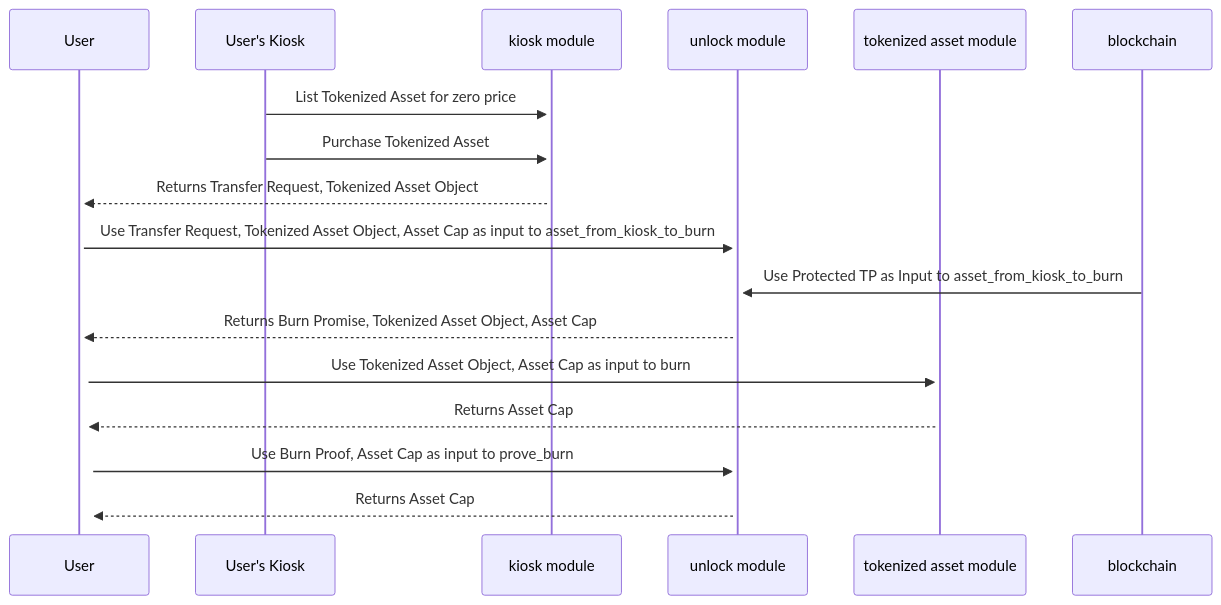
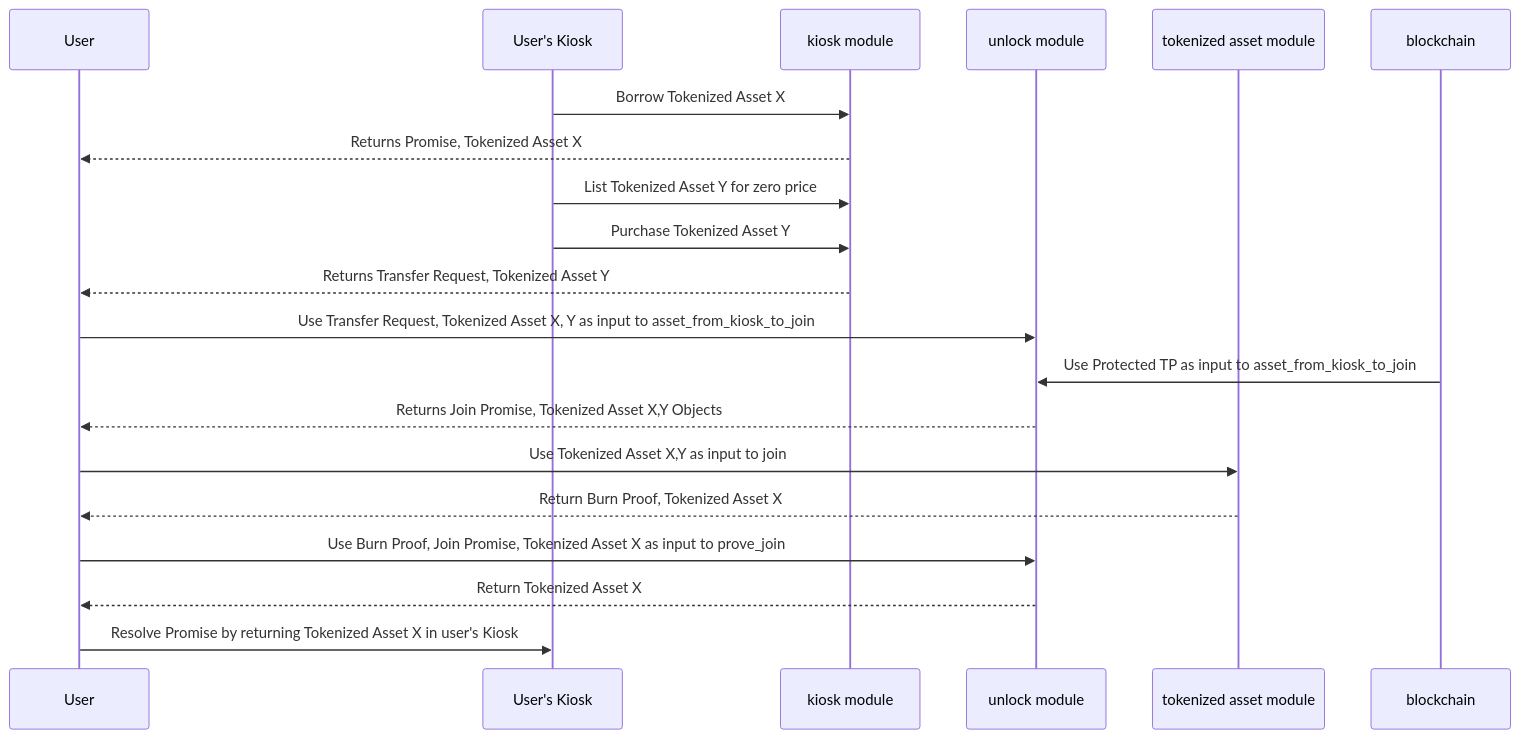
Before and after one commit to MystenLabs/sui: the second of 3 diagrams in docs/content/guides/developer/advanced/asset-tokenization.mdx, drawn with Mermaid. The commit also changed other lines of this file, not shown here.

````diff
--- a/docs/content/guides/developer/advanced/asset-tokenization.mdx
+++ b/docs/content/guides/developer/advanced/asset-tokenization.mdx
@@ -495,20 +508,23 @@
 ```mermaid
 sequenceDiagram
-    participant User;
-    participant User's Kiosk;
-    participant kiosk module;
-    participant unlock module;
-    participant tokenized asset module;
-    participant blockchain;
+    participant User
+    participant User's Kiosk
+    participant kiosk module
+    participant unlock module
+    participant tokenized asset module
+    participant blockchain
     
-User's Kiosk->>+kiosk module: List Tokenized Asset for zero price;
-User's Kiosk->>+kiosk module: Purchase Tokenized Asset;
-kiosk module-->>+User: Returns Transfer Request, Tokenized Asset Object;
-User->>+unlock module: Use Transfer Request, Tokenized Asset Object, Asset Cap as input to asset_from_kiosk_to_burn;
-blockchain->>+unlock module: Use Protected TP as Input to asset_from_kiosk_to_burn;
-unlock module-->>+User: Returns Burn Promise, Tokenized Asset Object, Asset Cap;
-User->>+tokenized asset module: Use Tokenized Asset Object, Asset Cap as input to burn;
-tokenized asset module-->>+User: Returns Asset Cap;
-User->>+unlock module: Use Burn Proof, Asset Cap as input to prove_burn;
-unlock module-->>+User: Returns Asset Cap;
+User's Kiosk->>kiosk module: Borrow Tokenized Asset X
+kiosk module-->>User: Returns Promise, Tokenized Asset X
+User's Kiosk->>kiosk module: List Tokenized Asset Y for zero price
+User's Kiosk->>kiosk module: Purchase Tokenized Asset Y
+kiosk module-->>User: Returns Transfer Request, Tokenized Asset Y
+User->>unlock module: Use Transfer Request, Tokenized Asset X, Y as input to asset_from_kiosk_to_join
+blockchain->>unlock module: Use Protected TP as input to asset_from_kiosk_to_join
+unlock module-->>User: Returns Join Promise, Tokenized Asset X,Y Objects
+User->>tokenized asset module: Use Tokenized Asset X,Y as input to join
+tokenized asset module-->>User: Return Burn Proof, Tokenized Asset X
+User->>unlock module: Use Burn Proof, Join Promise, Tokenized Asset X as input to prove_join
+unlock module-->>User: Return Tokenized Asset X
+User->>User's Kiosk: Resolve Promise by returning Tokenized Asset X in user's Kiosk
 ```
````
